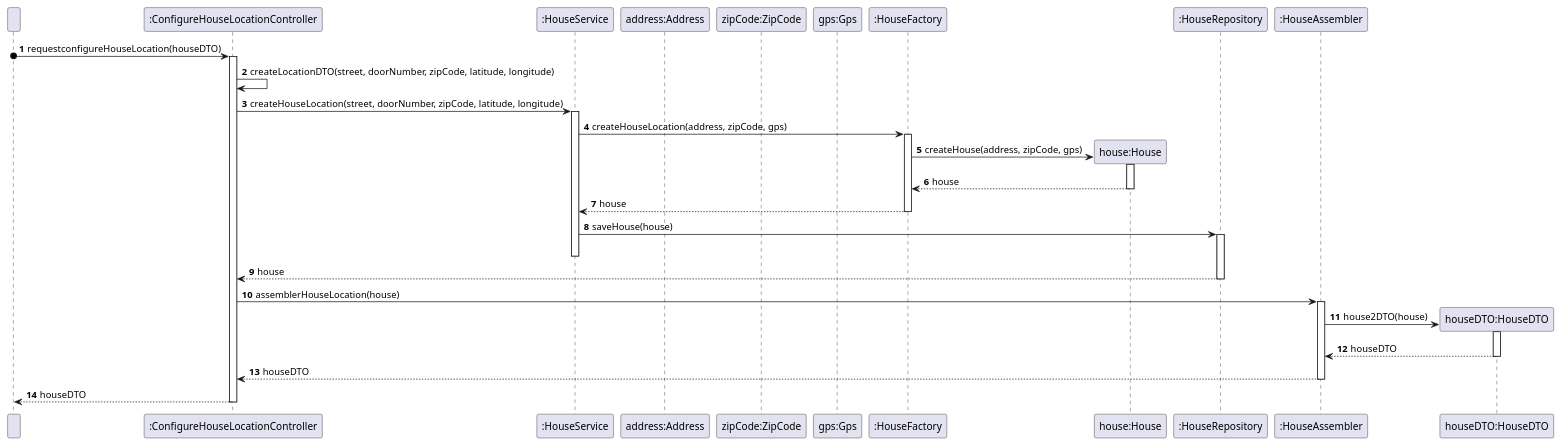
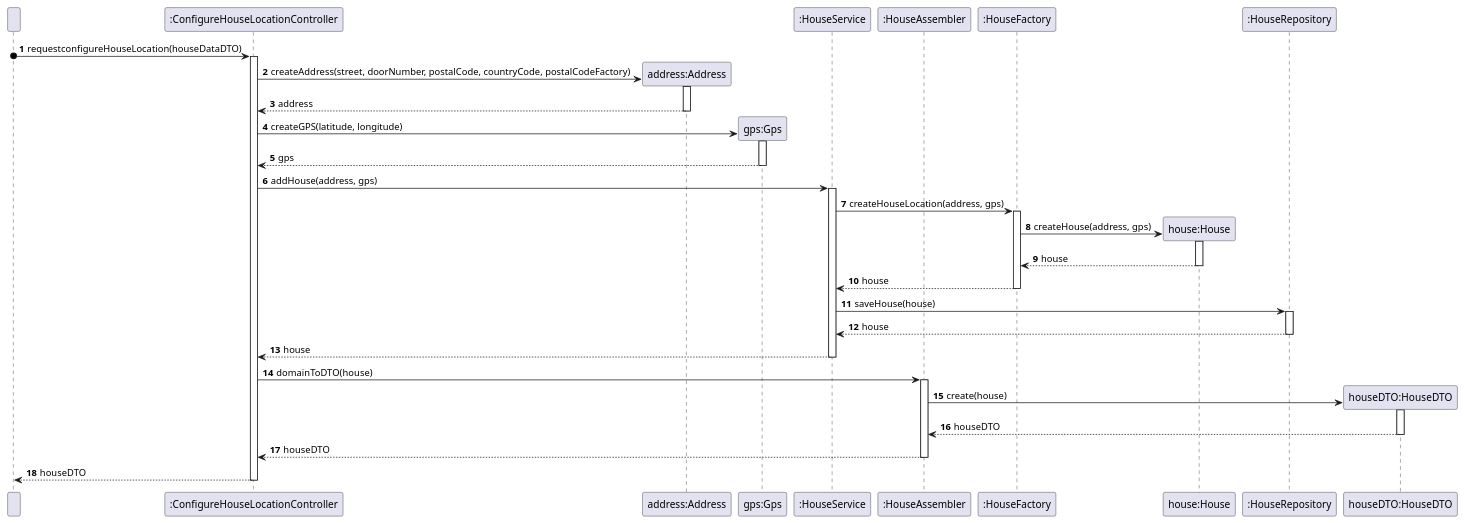
One commit to olivDiogo/SmartHome changed the diagram in docs/userStories/us01/artifacts/US01SD.puml. Above: the diagram before and after it, drawn with PlantUML.

Commit message:
Close #142 [UPADATE] SD US01.

```diff
--- a/docs/userStories/us01/artifacts/US01SD.puml
+++ b/docs/userStories/us01/artifacts/US01SD.puml
@@ -1,50 +1,74 @@
 @startuml
 
 participant " "
 participant ":ConfigureHouseLocationController" as ConfigureHouseLocationController
+
+participant "address:Address" as Address
+participant "gps:Gps" as Gps
+
 participant ":HouseService" as Service
-participant "address:Address" as Address
-participant "zipCode:ZipCode" as ZipCode
-participant "gps:Gps" as Gps
+participant ":HouseAssembler" as Assembler
+
 participant ":HouseFactory" as Factory
 participant "house:House" as House
 participant ":HouseRepository" as Repository
-participant ":HouseAssembler" as Assembler
+
 participant "houseDTO:HouseDTO" as DTO
 
 '----------------------------------------------------------
 autonumber
-" " o-> ConfigureHouseLocationController : requestconfigureHouseLocation(houseDTO)
+" " o-> ConfigureHouseLocationController : requestconfigureHouseLocation(houseDataDTO)
 activate ConfigureHouseLocationController
-ConfigureHouseLocationController -> ConfigureHouseLocationController : createLocationDTO(street, doorNumber, zipCode, latitude, longitude)
-ConfigureHouseLocationController -> Service : createHouseLocation(street, doorNumber, zipCode, latitude, longitude)
+
+create Address
+ConfigureHouseLocationController -> Address : createAddress(street, doorNumber, postalCode, countryCode, postalCodeFactory)
+
+activate Address
+
+Address --> ConfigureHouseLocationController : address
+deactivate Address
+
+create Gps
+ConfigureHouseLocationController -> Gps : createGPS(latitude, longitude)
+
+activate Gps
+
+Gps --> ConfigureHouseLocationController : gps
+deactivate Gps
+
+
+ConfigureHouseLocationController -> Service : addHouse(address, gps)
+
 activate Service
 
-Service -> Factory : createHouseLocation(address, zipCode, gps)
+Service -> Factory : createHouseLocation(address, gps)
 activate Factory
 create House
-Factory -> House: createHouse(address, zipCode, gps)
+Factory -> House: createHouse(address, gps)
 activate House
 House --> Factory: house
 deactivate House
 Factory --> Service: house
 deactivate Factory
 Service -> Repository : saveHouse(house)
 activate Repository
+
+Repository --> Service : house
+deactivate Repository
+Service --> ConfigureHouseLocationController : house
 deactivate Service
-Repository --> ConfigureHouseLocationController : house
-deactivate Repository
-ConfigureHouseLocationController -> Assembler : assemblerHouseLocation(house)
+
+ConfigureHouseLocationController -> Assembler : domainToDTO(house)
 activate Assembler
 create DTO
-Assembler -> DTO : house2DTO(house)
+Assembler -> DTO : create(house)
 activate DTO
 DTO --> Assembler : houseDTO
 deactivate DTO
 Assembler --> ConfigureHouseLocationController : houseDTO
 deactivate Assembler
 
 " " <-- ConfigureHouseLocationController : houseDTO
 deactivate ConfigureHouseLocationController
 
 @enduml
```
